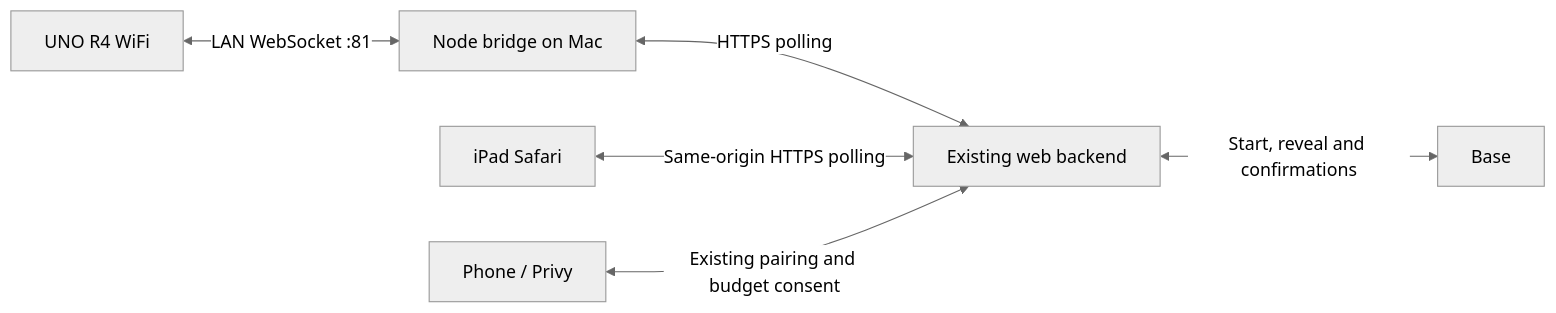
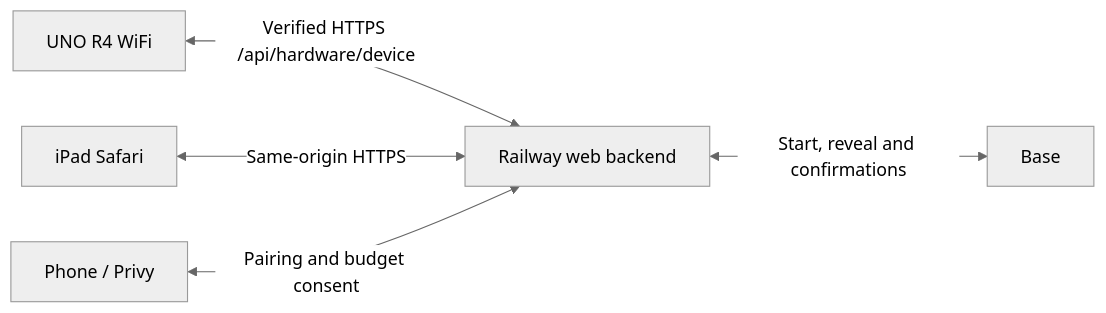
The diagram in arduino/README.md (francescocirulli/rwa-slot-ethrome26), drawn with Mermaid (neutral theme) before and after one commit. The commit also changed other lines of this file and 24 other files, not shown here.

Commit message:
feat: connect Arduino directly to Railway over verified HTTPS

````diff
--- a/arduino/README.md
+++ b/arduino/README.md
@@ -9,8 +11,7 @@
 ```mermaid
 flowchart LR
-  A[UNO R4 WiFi] <-->|LAN WebSocket :81| B[Node bridge on Mac]
-  B <-->|HTTPS polling| C[Existing web backend]
-  I[iPad Safari] <-->|Same-origin HTTPS polling| C
-  P[Phone / Privy] <-->|Existing pairing and budget consent| C
-  C <-->|Start, reveal and confirmations| D[Base]
+  A[UNO R4 WiFi] <-->|Verified HTTPS /api/hardware/device| R[Railway web backend]
+  I[iPad Safari] <-->|Same-origin HTTPS| R
+  P[Phone / Privy] <-->|Pairing and budget consent| R
+  R <-->|Start, reveal and confirmations| B[Base]
 ```
````
